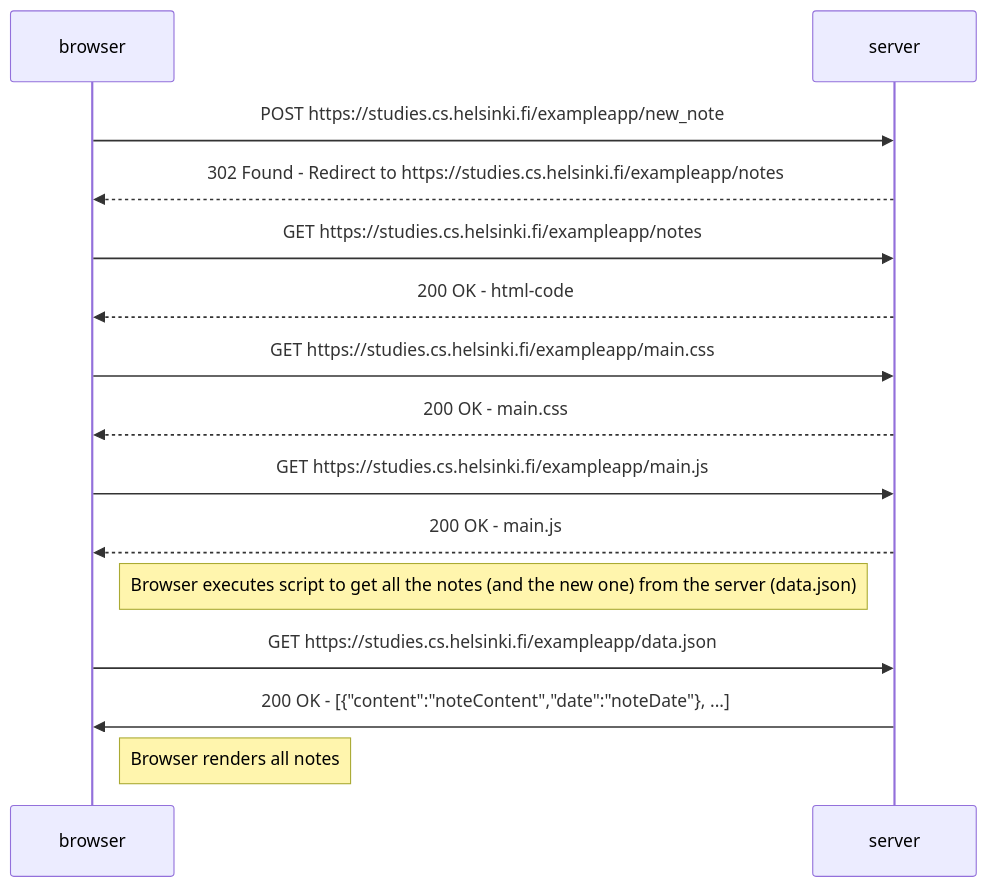
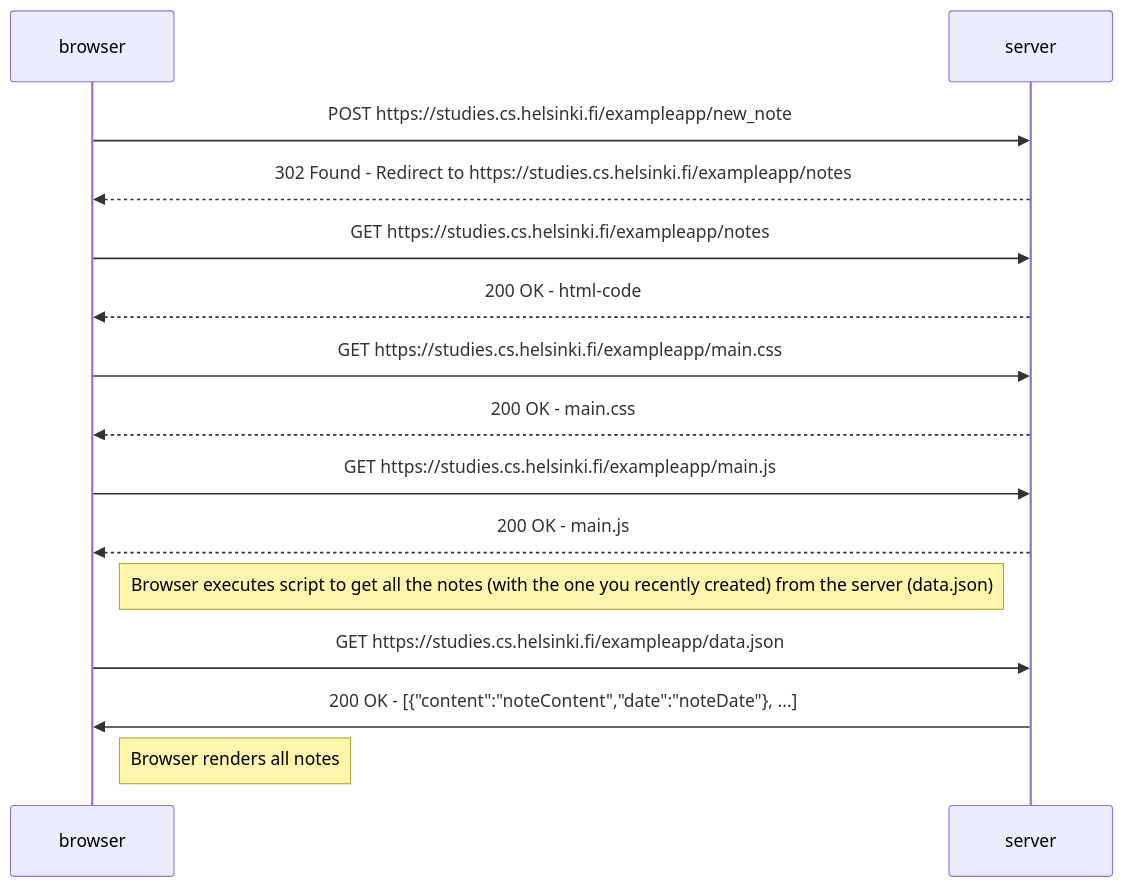
One commit to fabiopegini/fullstackopen-exercises changed the diagram in part0/exercise4.md. Above: the diagram before and after it, drawn with Mermaid.

Commit message:
Solution for exercise4.md

````diff
--- a/part0/exercise4.md
+++ b/part0/exercise4.md
@@ -1,16 +1,16 @@
 ``` mermaid
 sequenceDiagram
 
 browser->>server: POST https://studies.cs.helsinki.fi/exampleapp/new_note
 server-->>browser: 302 Found - Redirect to https://studies.cs.helsinki.fi/exampleapp/notes
 browser->>server: GET https://studies.cs.helsinki.fi/exampleapp/notes
 server-->>browser: 200 OK - html-code
 browser->>server: GET https://studies.cs.helsinki.fi/exampleapp/main.css
 server-->>browser: 200 OK - main.css
 browser->>server: GET https://studies.cs.helsinki.fi/exampleapp/main.js
 server-->>browser: 200 OK - main.js
-Note right of browser: Browser executes script to get all the notes (and the new one) from the server (data.json) 
+Note right of browser: Browser executes script to get all the notes (with the one you recently created) from the server (data.json) 
 browser->>server: GET https://studies.cs.helsinki.fi/exampleapp/data.json
 server->>browser: 200 OK - [{"content":"noteContent","date":"noteDate"}, ...]
 Note right of browser: Browser renders all notes
 ```
````
